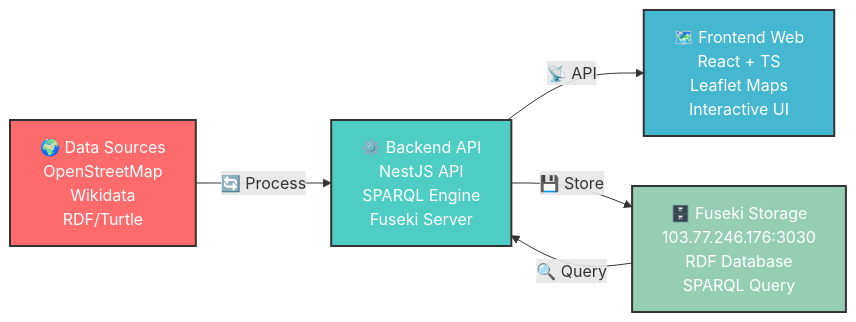
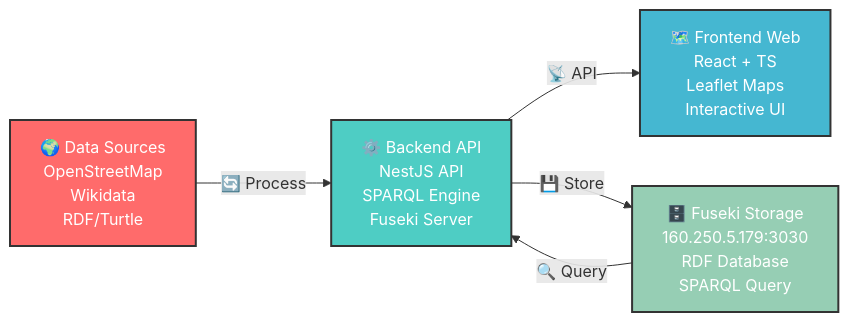
One commit to MFitHou/.github changed the diagram in profile/README.md. Above: the diagram before and after it, drawn with Mermaid. The commit also changed other lines of this file and 1 other file, not shown here.

````diff
--- a/profile/README.md
+++ b/profile/README.md
@@ -41,17 +20,17 @@
 ```mermaid
 graph LR
     A[🌍 Data Sources<br/>OpenStreetMap<br/>Wikidata<br/>RDF/Turtle] 
     B[⚙️ Backend API<br/>NestJS API<br/>SPARQL Engine<br/>Fuseki Server]
     C[🗺️ Frontend Web<br/>React + TS<br/>Leaflet Maps<br/>Interactive UI]
-    D[🗄️ Fuseki Storage<br/>103.77.246.176:3030<br/>RDF Database<br/>SPARQL Query]
+    D[🗄️ Fuseki Storage<br/>160.250.5.179:3030<br/>RDF Database<br/>SPARQL Query]
     
     A -->|🔄 Process| B
     B -->|📡 API| C
     B -->|💾 Store| D
     D -->|🔍 Query| B
     
     style A fill:#FF6B6B,stroke:#333,stroke-width:2px,color:#fff
     style B fill:#4ECDC4,stroke:#333,stroke-width:2px,color:#fff
     style C fill:#45B7D1,stroke:#333,stroke-width:2px,color:#fff
     style D fill:#96CEB4,stroke:#333,stroke-width:2px,color:#fff
 ```
````
